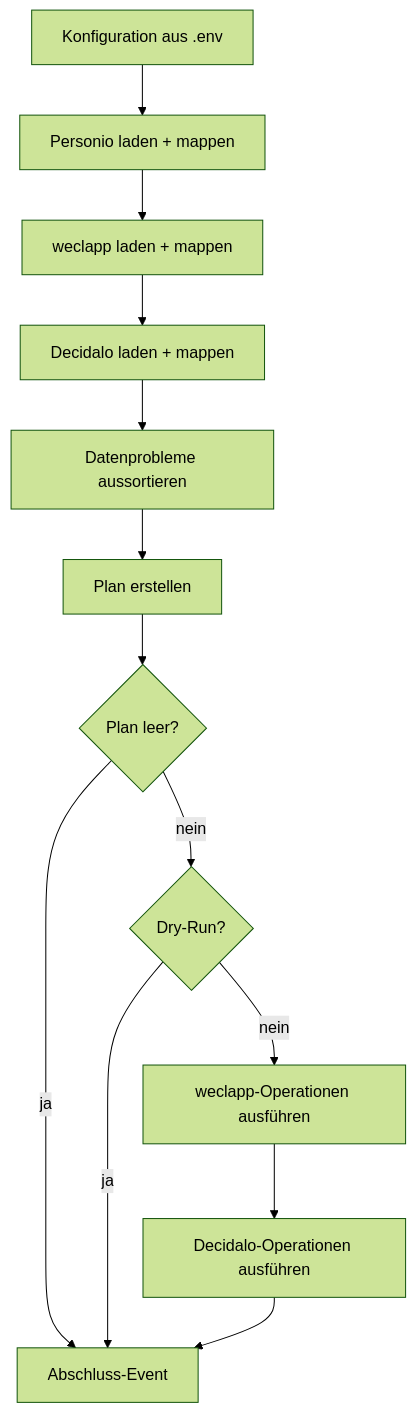
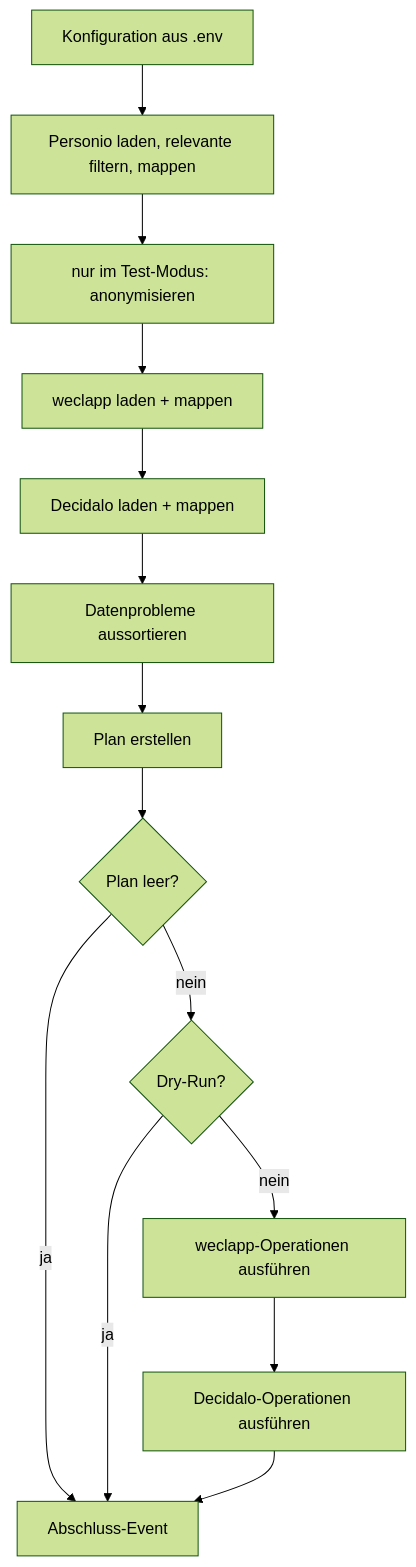
Before and after one commit to Hochfrequenz/HR-Sync: the diagram in docs/plans/2026-10-28-umsetzungsplan.md, drawn with Mermaid (forest theme). The commit also changed other lines of this file, not shown here.

First line of the commit message:
Plan: Decidalo-Testumgebung, Anonymisierung und Personio-Relevanzregel

````diff
--- a/docs/plans/2026-10-28-umsetzungsplan.md
+++ b/docs/plans/2026-10-28-umsetzungsplan.md
@@ -36,15 +41,16 @@
 ```mermaid
 flowchart TD
-    A[Konfiguration aus .env] --> B[Personio laden + mappen]
-    B --> C[weclapp laden + mappen]
+    A[Konfiguration aus .env] --> B[Personio laden, relevante filtern, mappen]
+    B --> B2[nur im Test-Modus: anonymisieren]
+    B2 --> C[weclapp laden + mappen]
     C --> D[Decidalo laden + mappen]
     D --> E[Datenprobleme aussortieren]
     E --> F[Plan erstellen]
     F --> G{Plan leer?}
     G -- ja --> Z[Abschluss-Event]
     G -- nein --> H{Dry-Run?}
     H -- ja --> Z
     H -- nein --> I[weclapp-Operationen ausführen]
     I --> J[Decidalo-Operationen ausführen]
     J --> Z
 ```
````
